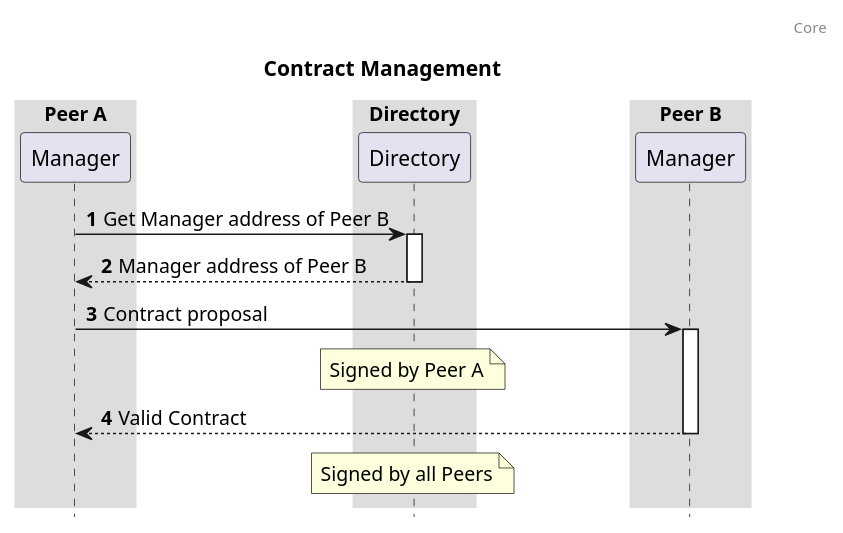
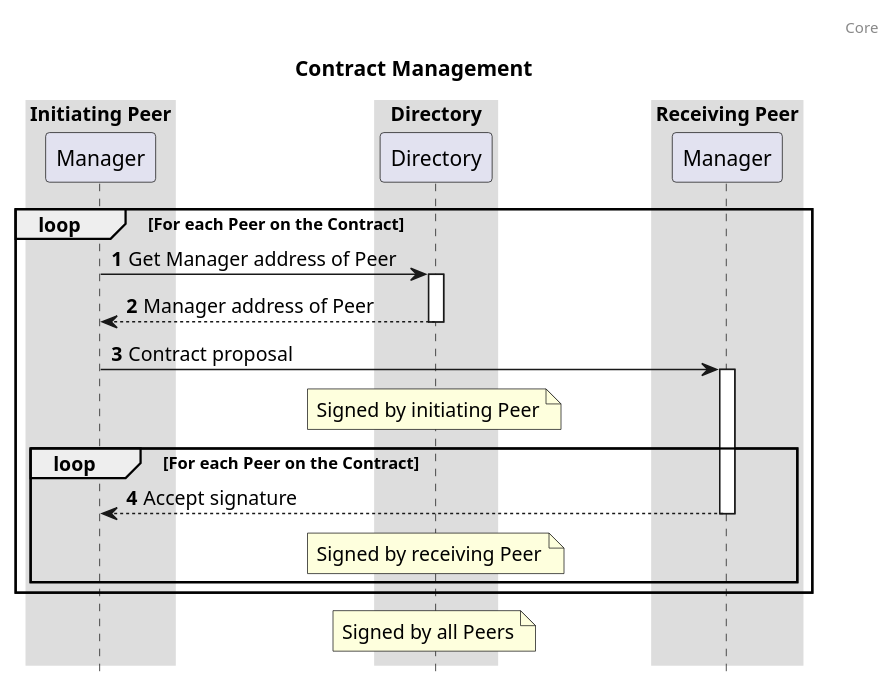
One commit to Logius-standaarden/fsc-core changed the diagram in diagrams/seq-contract-management.puml. Above: the diagram before and after it, drawn with PlantUML. The commit also changed 2 other files, not shown here.

Commit message:
core: add a description for step in the sequence diagram
Issue: fsc-nlx#163

```diff
--- a/diagrams/seq-contract-management.puml
+++ b/diagrams/seq-contract-management.puml
@@ -1,28 +1,33 @@
 @startuml
 
 autonumber
 header: Core
 title: Contract Management
 
-box "Peer A"
+box "Initiating Peer"
   participant "Manager" as m1
 end box
 box "Directory"
   participant "Directory" as directory
 end box
-box "Peer B"
+box "Receiving Peer"
   participant "Manager" as m2
 end box
 
-m1 -> directory ++ : Get Manager address of Peer B
-return Manager address of Peer B
+loop For each Peer on the Contract
+m1 -> directory ++ : Get Manager address of Peer
+return Manager address of Peer
 m1 -> m2 ++ : Contract proposal
-note over directory: Signed by Peer A
+note over directory: Signed by initiating Peer
 
-return Valid Contract
+loop For each Peer on the Contract
+return Accept signature
+note over directory: Signed by receiving Peer
+end loop
+end loop
 note over directory: Signed by all Peers
 
 skinparam sequenceBoxBorderColor #transparent
 skinparam boxPadding 50
 hide footbox
 @enduml
```
